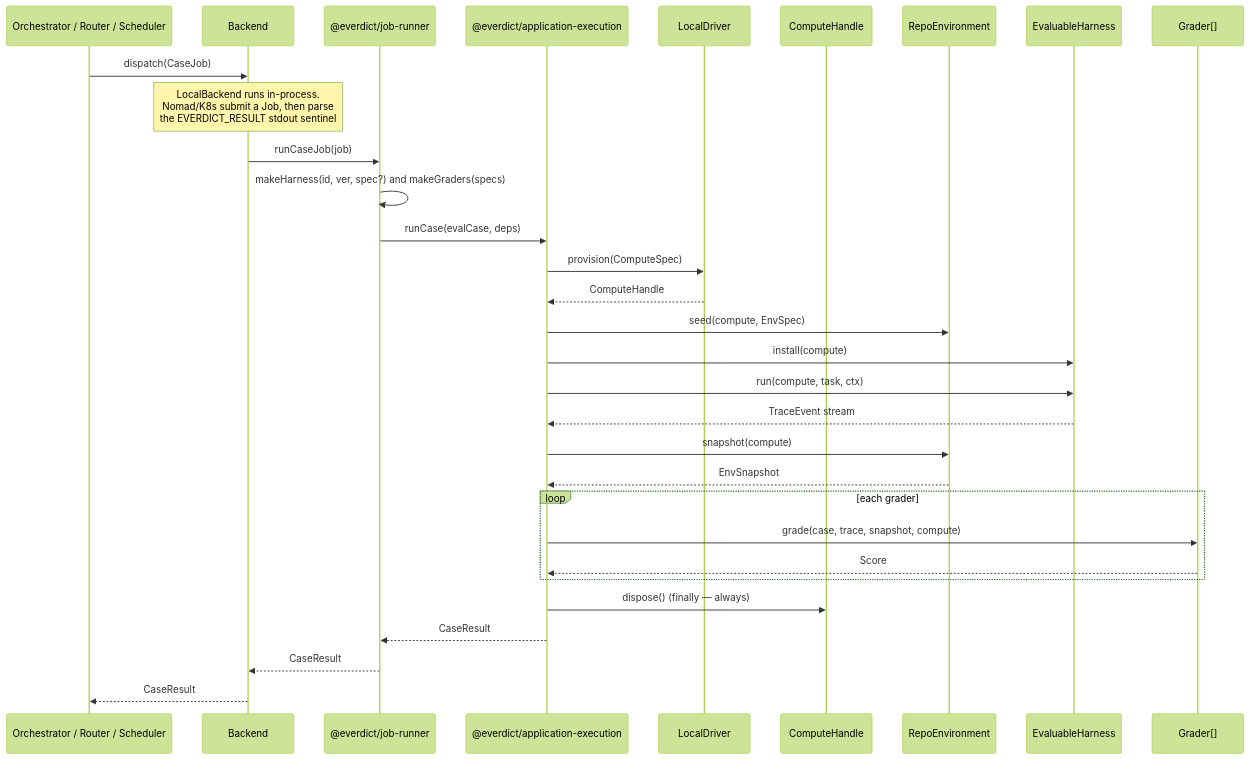
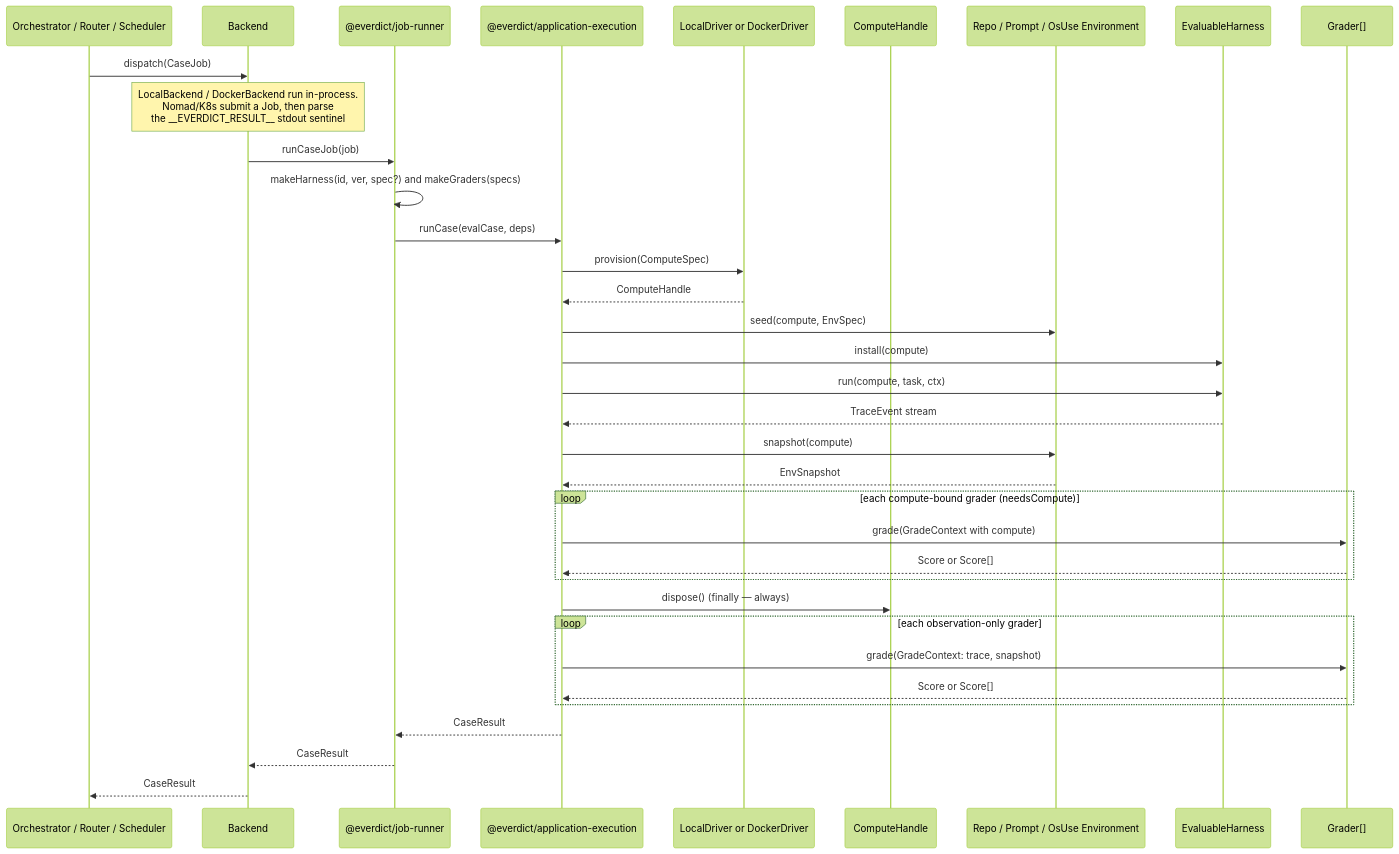
The second of 24 diagrams in docs/architecture/collaboration.md (everdict/everdict), drawn with Mermaid (forest theme) before and after one commit. The commit also changed other lines of this file and 179 other files, not shown here.

````diff
--- a/docs/architecture/collaboration.md
+++ b/docs/architecture/collaboration.md
@@ -145,34 +169,38 @@
 ```mermaid
 sequenceDiagram
   participant Caller as Orchestrator / Router / Scheduler
   participant Backend
   participant Agent as @everdict/job-runner
   participant Runner as @everdict/application-execution
-  participant Driver as LocalDriver
+  participant Driver as LocalDriver or DockerDriver
   participant Compute as ComputeHandle
-  participant Env as RepoEnvironment
+  participant Env as Repo / Prompt / OsUse Environment
   participant Harness as EvaluableHarness
   participant Grader as Grader[]
 
   Caller->>Backend: dispatch(CaseJob)
-  Note over Backend: LocalBackend runs in-process.<br/>Nomad/K8s submit a Job, then parse<br/>the EVERDICT_RESULT stdout sentinel
+  Note over Backend: LocalBackend / DockerBackend run in-process.<br/>Nomad/K8s submit a Job, then parse<br/>the __EVERDICT_RESULT__ stdout sentinel
   Backend->>Agent: runCaseJob(job)
   Agent->>Agent: makeHarness(id, ver, spec?) and makeGraders(specs)
   Agent->>Runner: runCase(evalCase, deps)
   Runner->>Driver: provision(ComputeSpec)
   Driver-->>Runner: ComputeHandle
   Runner->>Env: seed(compute, EnvSpec)
   Runner->>Harness: install(compute)
   Runner->>Harness: run(compute, task, ctx)
   Harness-->>Runner: TraceEvent stream
   Runner->>Env: snapshot(compute)
   Env-->>Runner: EnvSnapshot
-  loop each grader
-    Runner->>Grader: grade(case, trace, snapshot, compute)
-    Grader-->>Runner: Score
+  loop each compute-bound grader (needsCompute)
+    Runner->>Grader: grade(GradeContext with compute)
+    Grader-->>Runner: Score or Score[]
   end
   Runner->>Compute: dispose()  (finally — always)
+  loop each observation-only grader
+    Runner->>Grader: grade(GradeContext: trace, snapshot)
+    Grader-->>Runner: Score or Score[]
+  end
   Runner-->>Agent: CaseResult
   Agent-->>Backend: CaseResult
   Backend-->>Caller: CaseResult
 ```
````
